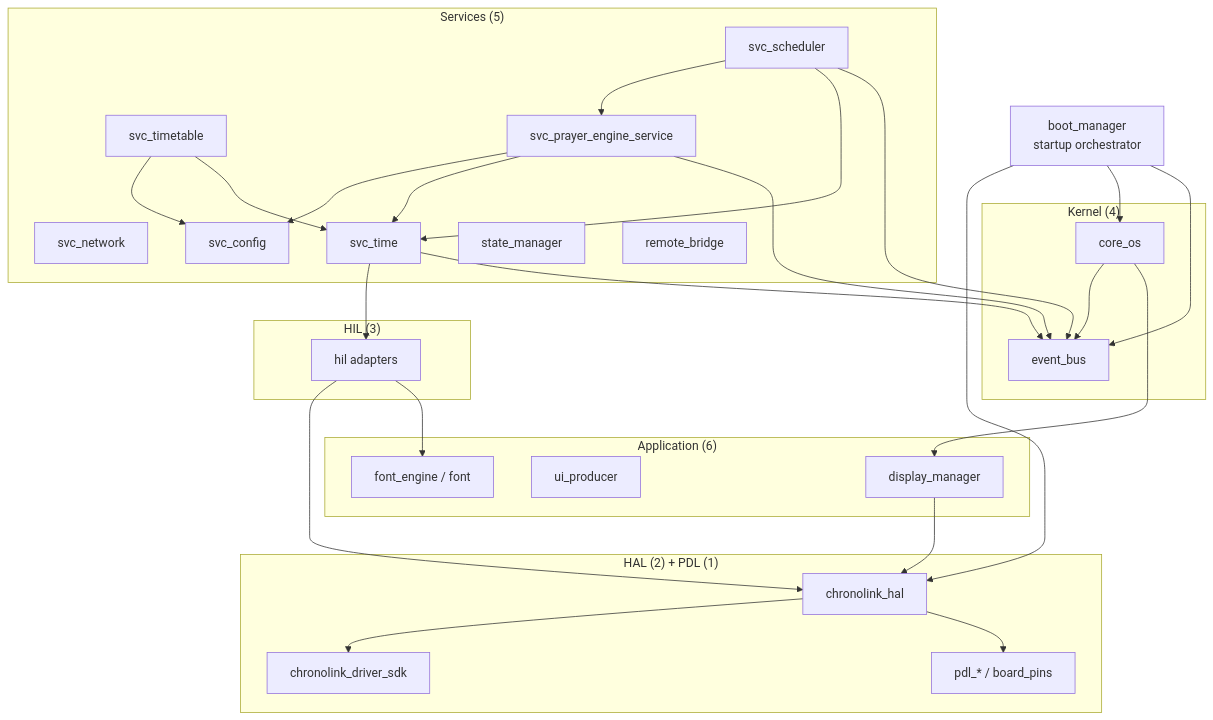
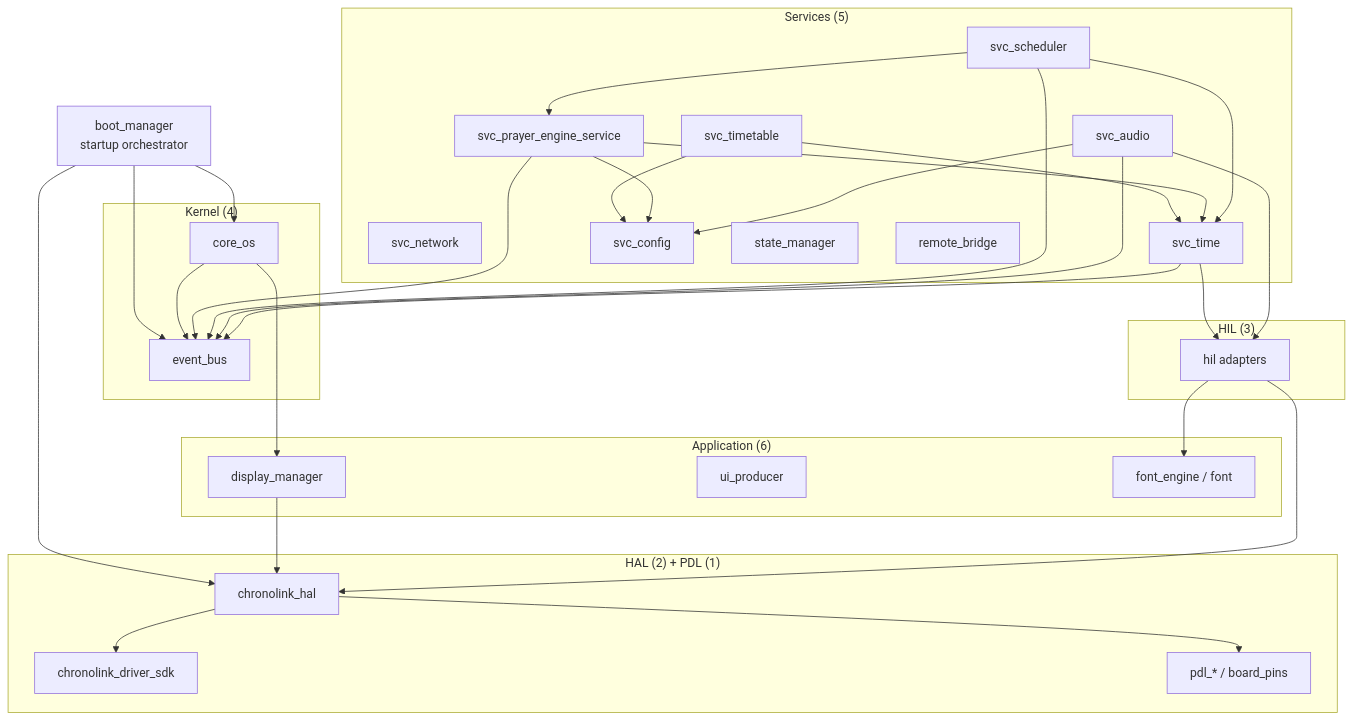
One commit to salmankha19/chronolink-v4-os-mirror changed the first of 2 diagrams in docs/Architecture.md. Above: the diagram before and after it, drawn with Mermaid. The commit also changed other lines of this file and 21 other files, not shown here.

Commit message:
wip(svc_audio): minimp3 baseline + HIL layering, eager-init fix, event payloads

````diff
--- a/docs/Architecture.md
+++ b/docs/Architecture.md
@@ -59,52 +60,56 @@
 ```mermaid
 flowchart TB
     subgraph APP["Application (6)"]
         DM[display_manager]
         UIP[ui_producer]
         FE[font_engine / font]
     end
     subgraph SVC["Services (5)"]
         NET[svc_network]
         TIME[svc_time]
         CFG[svc_config]
         SM[state_manager]
         TT[svc_timetable]
         PES[svc_prayer_engine_service]
         SCH[svc_scheduler]
+        AUD[svc_audio]
         RB[remote_bridge]
     end
     subgraph KERN["Kernel (4)"]
         CORE[core_os]
         EB[event_bus]
     end
     subgraph HIL["HIL (3)"]
         HILC[hil adapters]
     end
     subgraph HAL["HAL (2) + PDL (1)"]
         HALC[chronolink_hal]
         SDK[chronolink_driver_sdk]
         PDL[pdl_* / board_pins]
     end
     BOOT[boot_manager<br/>startup orchestrator]
 
     BOOT --> HALC
     BOOT --> CORE
     BOOT --> EB
     CORE --> EB
     CORE --> DM
     DM --> HALC
     TIME --> HILC
     TT --> CFG
     TT --> TIME
     PES --> CFG
     PES --> TIME
     PES --> EB
     SCH --> PES
     SCH --> TIME
     SCH --> EB
+    AUD --> HILC
+    AUD --> CFG
+    AUD --> EB
     TIME --> EB
     HILC --> HALC
     HILC --> FE
     HALC --> SDK
     HALC --> PDL
 ```
````
